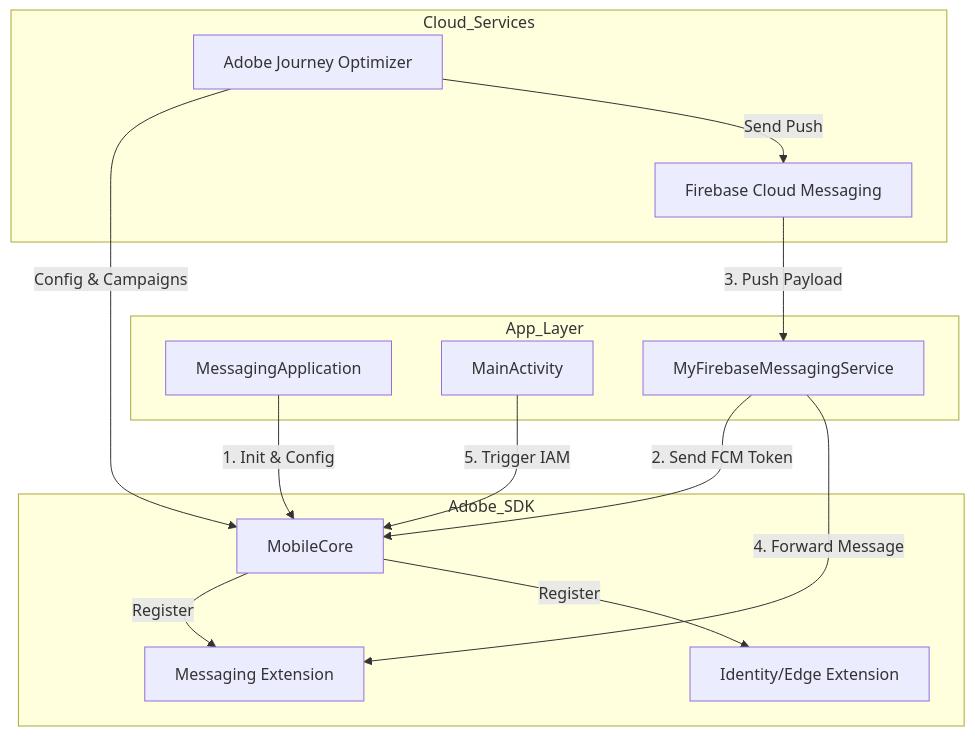
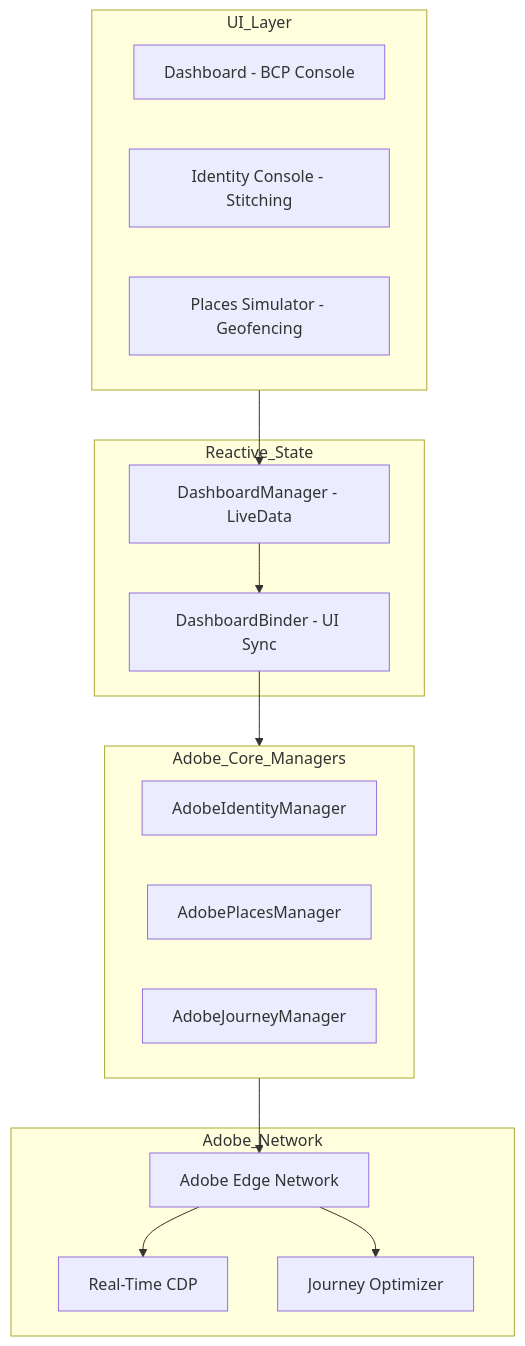
One commit to joffrehermosilla/martech_android_lab changed the diagram in README.md. Above: the diagram before and after it, drawn with Mermaid. The commit also changed other lines of this file and 58 other files, not shown here.

````diff
--- a/README.md
+++ b/README.md
@@ -11,29 +11,32 @@
 ```mermaid
 graph TD
-    subgraph App_Layer
-        MA[MessagingApplication]
-        MI[MainActivity]
-        FS[MyFirebaseMessagingService]
+    subgraph UI_Layer
+        MA[Dashboard - BCP Console]
+        IA[Identity Console - Stitching]
+        PA[Places Simulator - Geofencing]
     end
 
-    subgraph Adobe_SDK
-        MC[MobileCore]
-        ME[Messaging Extension]
-        ID[Identity/Edge Extension]
+    subgraph Reactive_State
+        DM[DashboardManager - LiveData]
+        DB[DashboardBinder - UI Sync]
     end
 
-    subgraph Cloud_Services
-        FB[Firebase Cloud Messaging]
-        AJO[Adobe Journey Optimizer]
+    subgraph Adobe_Core_Managers
+        AIM[AdobeIdentityManager]
+        APM[AdobePlacesManager]
+        AJM[AdobeJourneyManager]
     end
 
-    MA -->|1. Init & Config| MC
-    MC -->|Register| ME
-    MC -->|Register| ID
-    FS -->|2. Send FCM Token| MC
-    FB -->|3. Push Payload| FS
-    FS -->|4. Forward Message| ME
-    MI -->|5. Trigger IAM| MC
-    AJO -->|Config & Campaigns| MC
-    AJO -->|Send Push| FB
+    subgraph Adobe_Network
+        EDGE[Adobe Edge Network]
+        CDP[Real-Time CDP]
+        AJO[Journey Optimizer]
+    end
+
+    UI_Layer --> DM
+    DM --> DB
+    DB --> Adobe_Core_Managers
+    Adobe_Core_Managers --> EDGE
+    EDGE --> CDP
+    EDGE --> AJO
 ```
````
